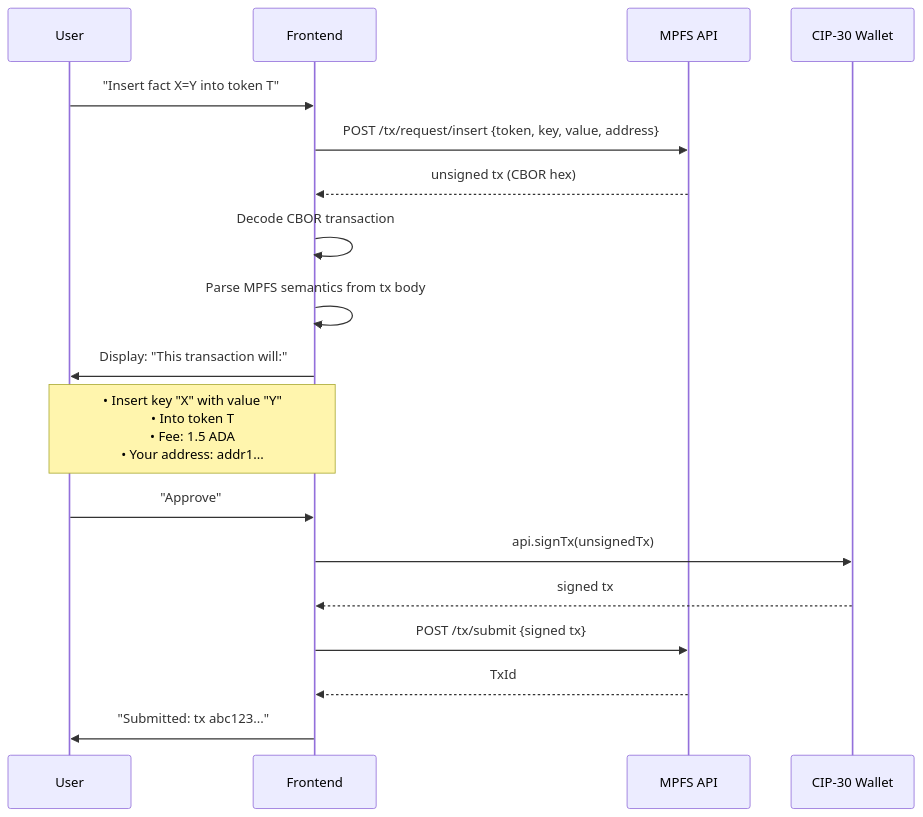
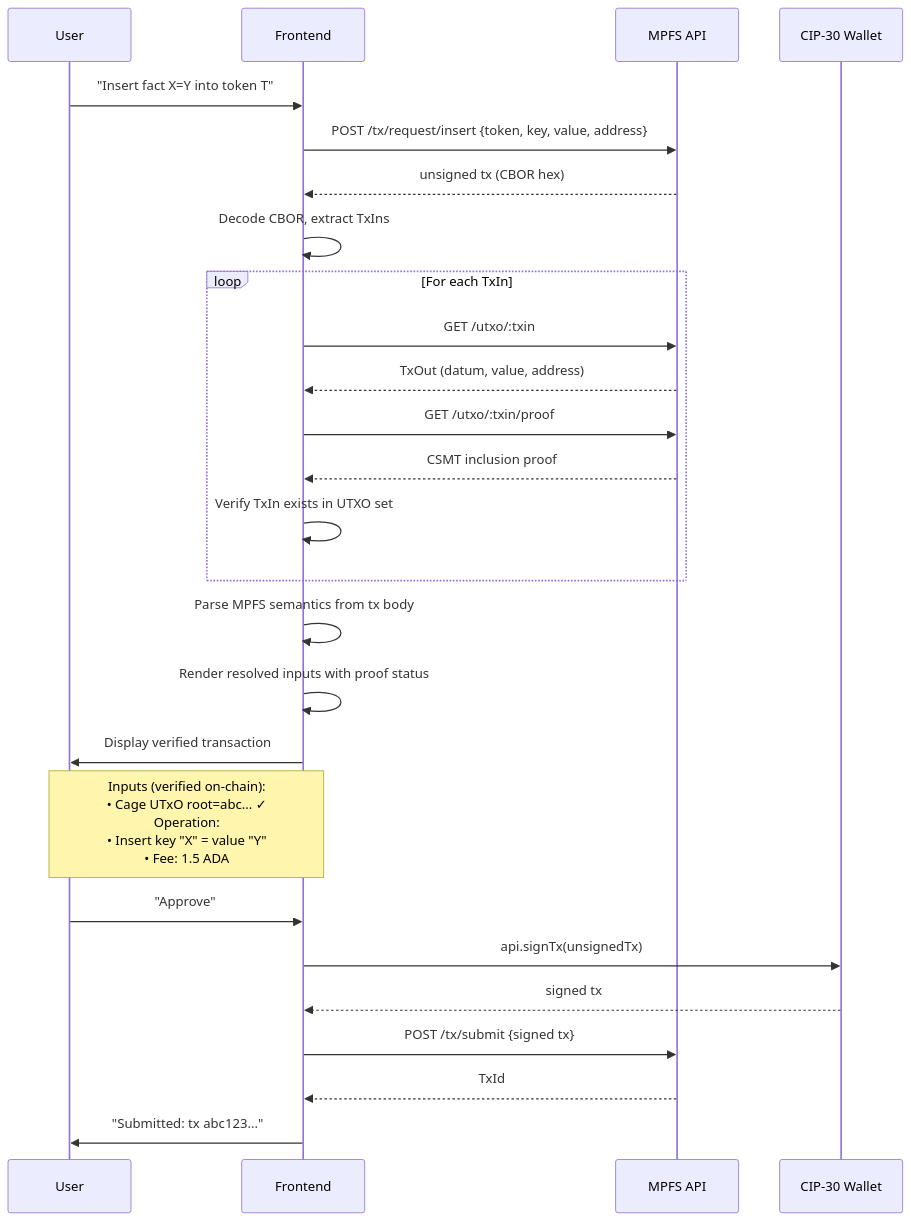
The seventh of 12 diagrams in docs/design.md (lambdasistemi/cardano-mpfs-browser), drawn with Mermaid before and after one commit. The commit also changed other lines of this file, not shown here.

Commit message:
docs: add TxIn resolution and CSMT verification to transaction flow

````diff
--- a/docs/design.md
+++ b/docs/design.md
@@ -379,25 +379,35 @@
 ```mermaid
 sequenceDiagram
     participant U as User
     participant FE as Frontend
     participant API as MPFS API
     participant W as CIP-30 Wallet
 
     U->>FE: "Insert fact X=Y into token T"
     FE->>API: POST /tx/request/insert {token, key, value, address}
     API-->>FE: unsigned tx (CBOR hex)
 
-    FE->>FE: Decode CBOR transaction
+    FE->>FE: Decode CBOR, extract TxIns
+
+    loop For each TxIn
+        FE->>API: GET /utxo/:txin
+        API-->>FE: TxOut (datum, value, address)
+        FE->>API: GET /utxo/:txin/proof
+        API-->>FE: CSMT inclusion proof
+        FE->>FE: Verify TxIn exists in UTXO set
+    end
+
     FE->>FE: Parse MPFS semantics from tx body
+    FE->>FE: Render resolved inputs with proof status
 
-    FE->>U: Display: "This transaction will:"
-    Note over FE,U: • Insert key "X" with value "Y"<br/>• Into token T<br/>• Fee: 1.5 ADA<br/>• Your address: addr1...
+    FE->>U: Display verified transaction
+    Note over FE,U: Inputs (verified on-chain):<br/>• Cage UTxO root=abc... ✓<br/>Operation:<br/>• Insert key "X" = value "Y"<br/>• Fee: 1.5 ADA
 
     U->>FE: "Approve"
     FE->>W: api.signTx(unsignedTx)
     W-->>FE: signed tx
 
     FE->>API: POST /tx/submit {signed tx}
     API-->>FE: TxId
     FE->>U: "Submitted: tx abc123..."
 ```
````
